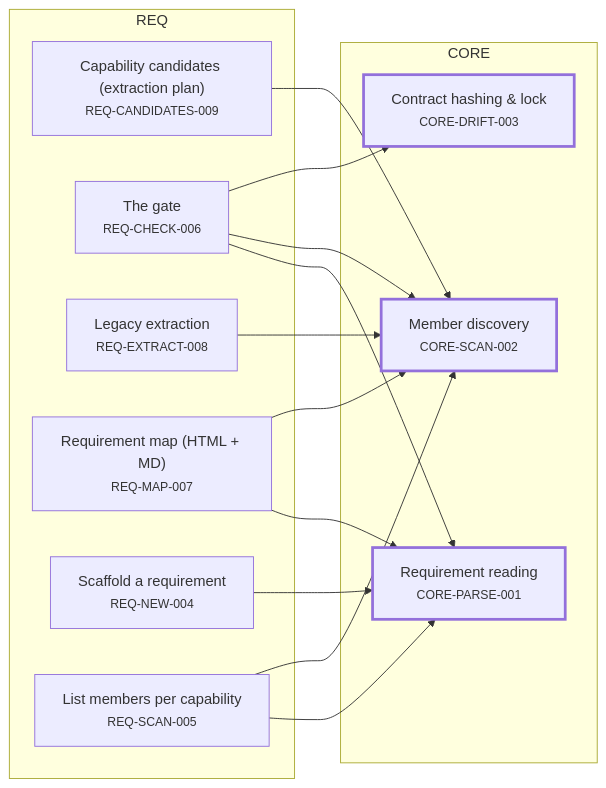
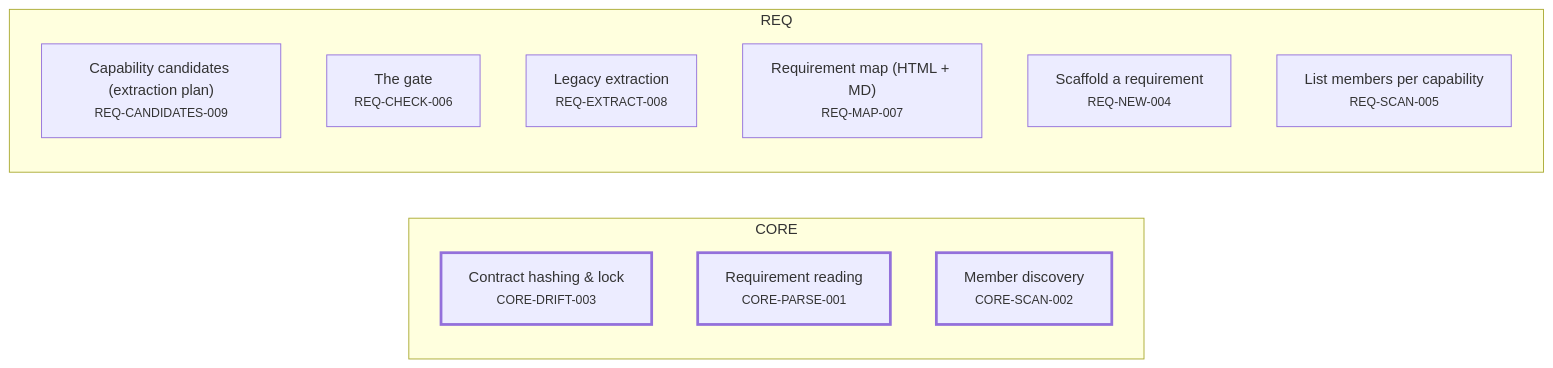
Before and after one commit to alxmax/Requirement-manager: the first of 5 diagrams in plugin/requirements/_map.md, drawn with Mermaid. The commit also changed other lines of this file and 6 other files, not shown here.

````diff
--- a/plugin/requirements/_map.md
+++ b/plugin/requirements/_map.md
@@ -11,29 +13,19 @@
 ```mermaid
 graph LR
   subgraph sg_CORE["CORE"]
     CORE_DRIFT_003["Contract hashing & lock<br><small>CORE-DRIFT-003</small>"]
     CORE_PARSE_001["Requirement reading<br><small>CORE-PARSE-001</small>"]
     CORE_SCAN_002["Member discovery<br><small>CORE-SCAN-002</small>"]
   end
   subgraph sg_REQ["REQ"]
     REQ_CANDIDATES_009["Capability candidates (extraction plan)<br><small>REQ-CANDIDATES-009</small>"]
     REQ_CHECK_006["The gate<br><small>REQ-CHECK-006</small>"]
     REQ_EXTRACT_008["Legacy extraction<br><small>REQ-EXTRACT-008</small>"]
     REQ_MAP_007["Requirement map (HTML + MD)<br><small>REQ-MAP-007</small>"]
     REQ_NEW_004["Scaffold a requirement<br><small>REQ-NEW-004</small>"]
     REQ_SCAN_005["List members per capability<br><small>REQ-SCAN-005</small>"]
   end
-  REQ_CANDIDATES_009 --> CORE_SCAN_002
-  REQ_CHECK_006 --> CORE_PARSE_001
-  REQ_CHECK_006 --> CORE_SCAN_002
-  REQ_CHECK_006 --> CORE_DRIFT_003
-  REQ_EXTRACT_008 --> CORE_SCAN_002
-  REQ_MAP_007 --> CORE_PARSE_001
-  REQ_MAP_007 --> CORE_SCAN_002
-  REQ_NEW_004 --> CORE_PARSE_001
-  REQ_SCAN_005 --> CORE_PARSE_001
-  REQ_SCAN_005 --> CORE_SCAN_002
   style CORE_DRIFT_003 stroke-width:3px
   style CORE_PARSE_001 stroke-width:3px
   style CORE_SCAN_002 stroke-width:3px
 ```
````
